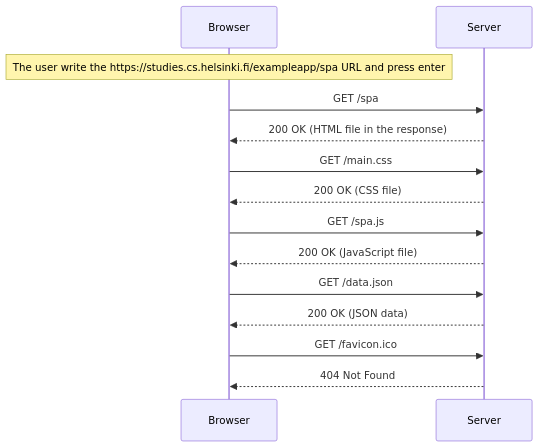
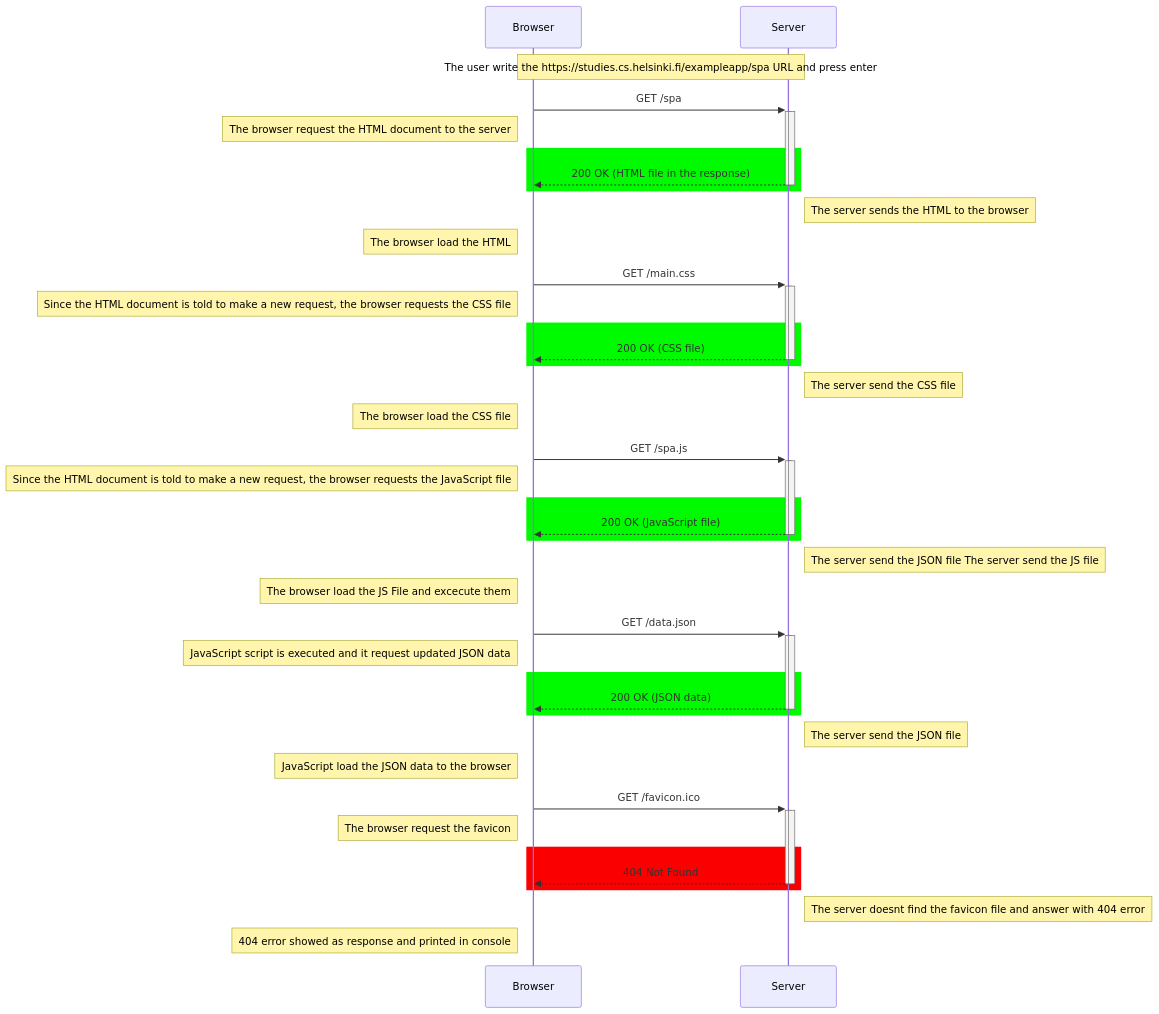
One commit to elicett/fullstackopen changed the diagram in part0/0.5 sequenceDiagram- accesing to SPA URL.md. Above: the diagram before and after it, drawn with Mermaid.

Commit message:
Improved the 0.5 sequence diagram

````diff
--- a/part0/0.5 sequenceDiagram- accesing to SPA URL.md
+++ b/part0/0.5 sequenceDiagram- accesing to SPA URL.md
@@ -1,34 +1,59 @@
 ```mermaid
 sequenceDiagram
     participant Browser
     participant Server
 
-    Note over Browser: The user write the https://studies.cs.helsinki.fi/exampleapp/spa URL and press enter
+    Note over Browser, Server: The user write the https://studies.cs.helsinki.fi/exampleapp/spa URL and press enter
 
-    %% The browser rquest the HTML document to the server
-    Browser->>Server: GET /spa
-    %% The server sends the HTML to the browser
-    Server-->>Browser: 200 OK (HTML file in the response)
-    %% The browser load the HTML
+    Browser->>+Server: GET /spa
+    activate Server
+    Note left of Browser: The browser request the HTML document to the server
+    rect rgb(0, 250, 0)
+    Server-->>-Browser: 200 OK (HTML file in the response)
+    deactivate Server
+    end
+    Note right of Server: The server sends the HTML to the browser
+    Note left of Browser: The browser load the HTML
 
-    %% Dado que se le indica al documento HTML que realice una nueva solicitud, el navegador solicita el archivo CSS.
-    Browser->>Server: GET /main.css
-    %% The server send the CSS file
-    Server-->>Browser: 200 OK (CSS file)
 
-    %% The browser request the JS file
-    Browser->>Server: GET /spa.js
-    %% The server send the JS file
-    Server-->>Browser: 200 OK (JavaScript file)
+    Browser->>+Server: GET /main.css
+    activate Server
+    Note left of Browser: Since the HTML document is told to make a new request, the browser requests the CSS file
+    rect rgb(0, 250, 0)
+    Server-->>-Browser: 200 OK (CSS file)
+    deactivate Server
+    end
+    Note right of Server: The server send the CSS file
+    Note left of Browser: The browser load the CSS file
 
-    %% JS request and process the updated data
-    Browser->>Server: GET /data.json
-    %% The server send the data.json
-    Server-->>Browser: 200 OK (JSON data)
 
-    %% The browser request the favicon
-    Browser->>Server: GET /favicon.ico
-    %% Favicon doesnt exists: 404 error showed as response and printed in console 
-    Server-->>Browser: 404 Not Found
-	
+    Browser->>+Server: GET /spa.js
+    activate Server
+    Note left of Browser: Since the HTML document is told to make a new request, the browser requests the JavaScript file
+    rect rgb(0, 250, 0)
+    Server-->>-Browser: 200 OK (JavaScript file)
+    deactivate Server
+    end
+    Note right of Server: The server send the JSON file The server send the JS file
+    Note left of Browser: The browser load the JS File and excecute them
+
+    Browser->>+Server: GET /data.json
+    activate Server
+    Note left of Browser: JavaScript script is executed and it request updated JSON data
+    rect rgb(0, 250, 0)
+    Server-->>-Browser: 200 OK (JSON data)
+    deactivate Server
+    end
+    Note right of Server: The server send the JSON file
+    Note left of Browser: JavaScript load the JSON data to the browser
+
+    Browser->>+Server: GET /favicon.ico
+    activate Server
+    Note left of Browser: The browser request the favicon
+    rect rgb(250, 0, 0)
+    Server-->>-Browser: 404 Not Found
+    deactivate Server
+    end
+        Note right of Server: The server doesnt find the favicon file and answer with 404 error
+    Note left of Browser: 404 error showed as response and printed in console 
 ```
````
